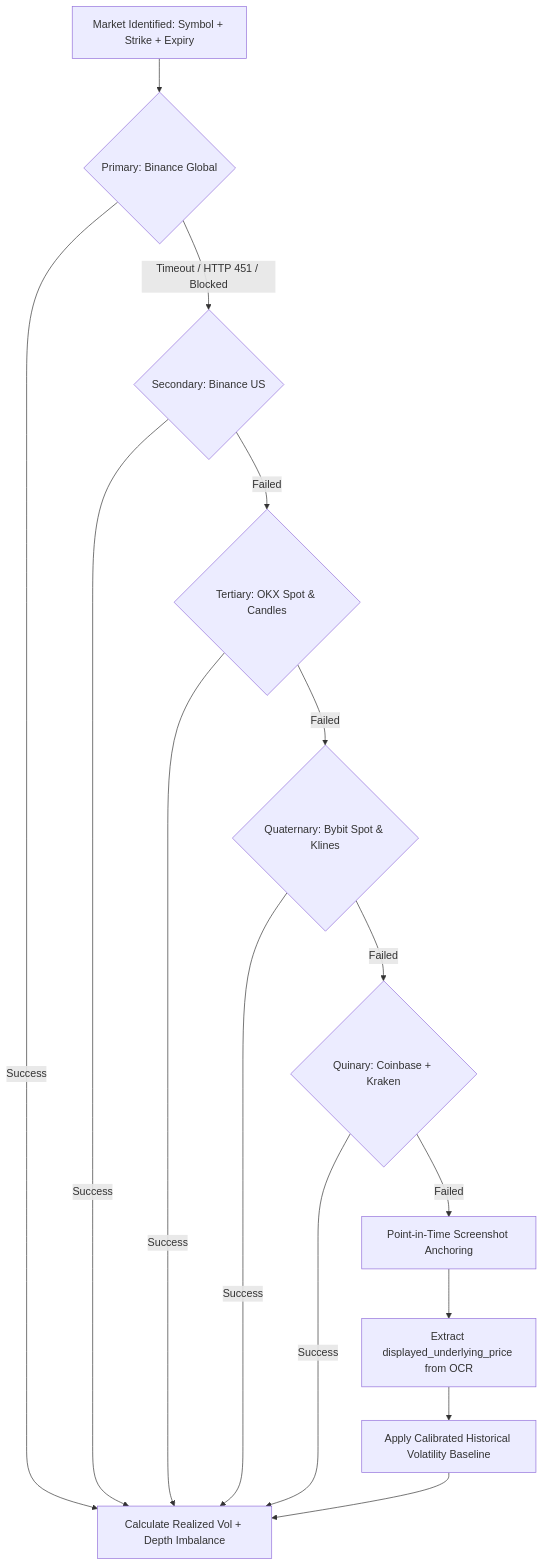
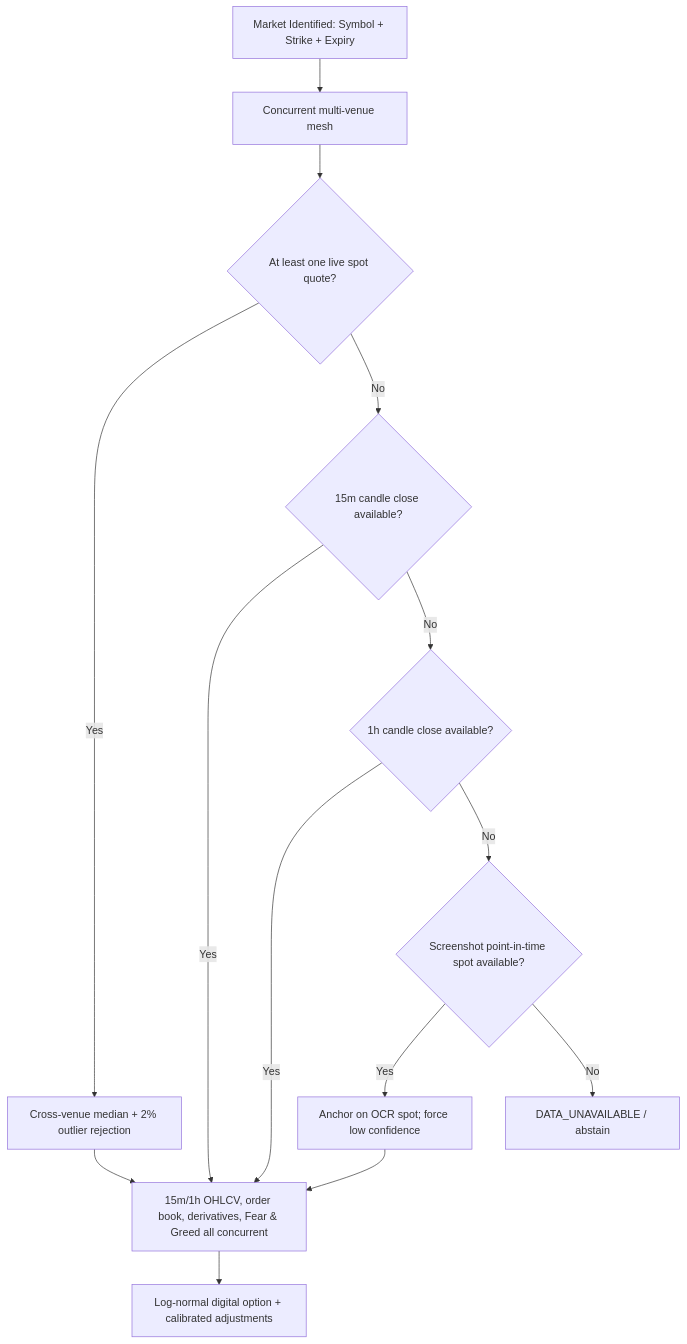
One commit to heyrapto/Klocka changed the diagram in docs/DYNAMIC_EXCHANGE_FALLBACK_AND_SCREENSHOT_ANCHORING.md. Above: the diagram before and after it, drawn with Mermaid. The commit also changed other lines of this file and 52 other files, not shown here.

````diff
--- a/docs/DYNAMIC_EXCHANGE_FALLBACK_AND_SCREENSHOT_ANCHORING.md
+++ b/docs/DYNAMIC_EXCHANGE_FALLBACK_AND_SCREENSHOT_ANCHORING.md
@@ -26,17 +32,15 @@
 ```mermaid
 flowchart TD
-    A[Market Identified: Symbol + Strike + Expiry] --> B{Primary: Binance Global}
-    B -- Success --> G[Calculate Realized Vol + Depth Imbalance]
-    B -- Timeout / HTTP 451 / Blocked --> C{Secondary: Binance US}
-    C -- Success --> G
-    C -- Failed --> D{Tertiary: OKX Spot & Candles}
-    D -- Success --> G
-    D -- Failed --> E{Quaternary: Bybit Spot & Klines}
-    E -- Success --> G
-    E -- Failed --> F{Quinary: Coinbase + Kraken}
-    F -- Success --> G
-    F -- Failed --> H[Point-in-Time Screenshot Anchoring]
-    H --> I[Extract displayed_underlying_price from OCR]
-    I --> J[Apply Calibrated Historical Volatility Baseline]
-    J --> G
+    A[Market Identified: Symbol + Strike + Expiry] --> B[Concurrent multi-venue mesh]
+    B --> C{At least one live spot quote?}
+    C -- Yes --> D[Cross-venue median + 2% outlier rejection]
+    D --> E[15m/1h OHLCV, order book, derivatives, Fear & Greed all concurrent]
+    C -- No --> F{15m candle close available?}
+    F -- Yes --> E
+    F -- No --> G{1h candle close available?}
+    G -- Yes --> E
+    G -- No --> H{Screenshot point-in-time spot available?}
+    H -- Yes --> I[Anchor on OCR spot; force low confidence] --> E
+    H -- No --> J[DATA_UNAVAILABLE / abstain]
+    E --> K[Log-normal digital option + calibrated adjustments]
 ```
````
